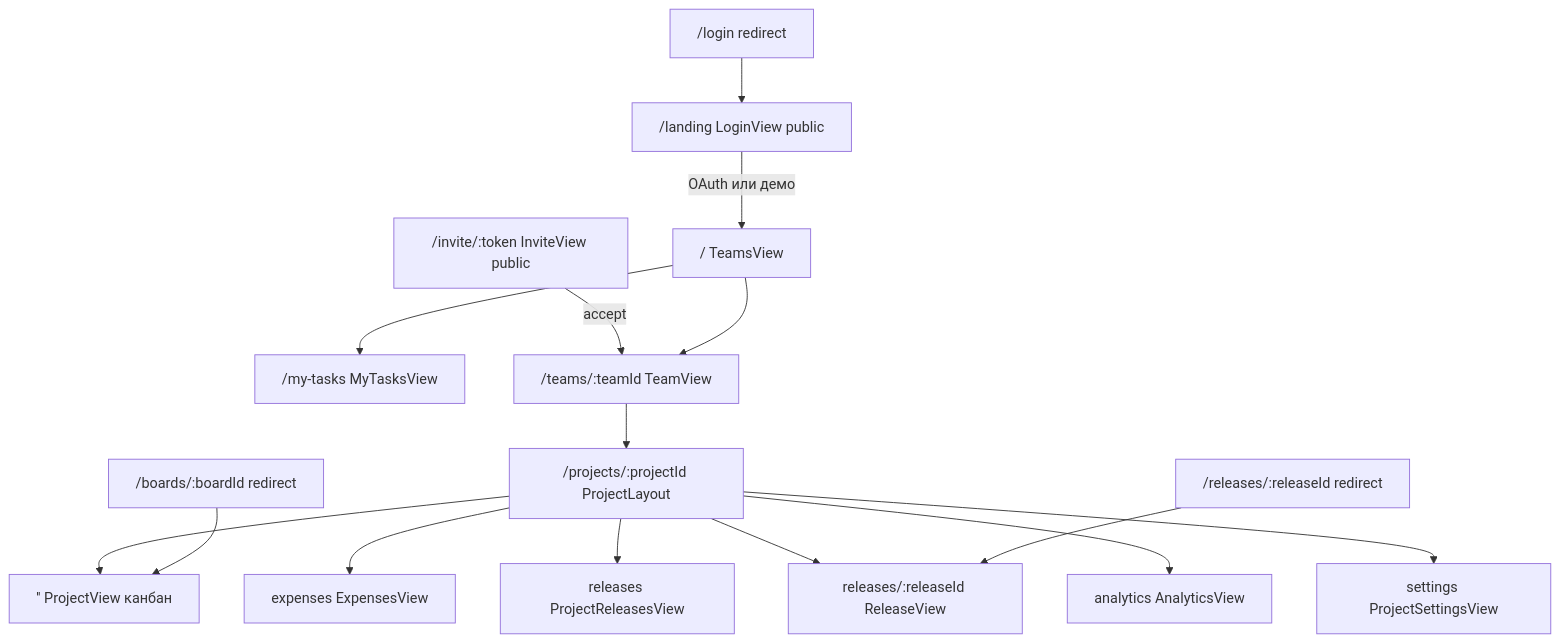
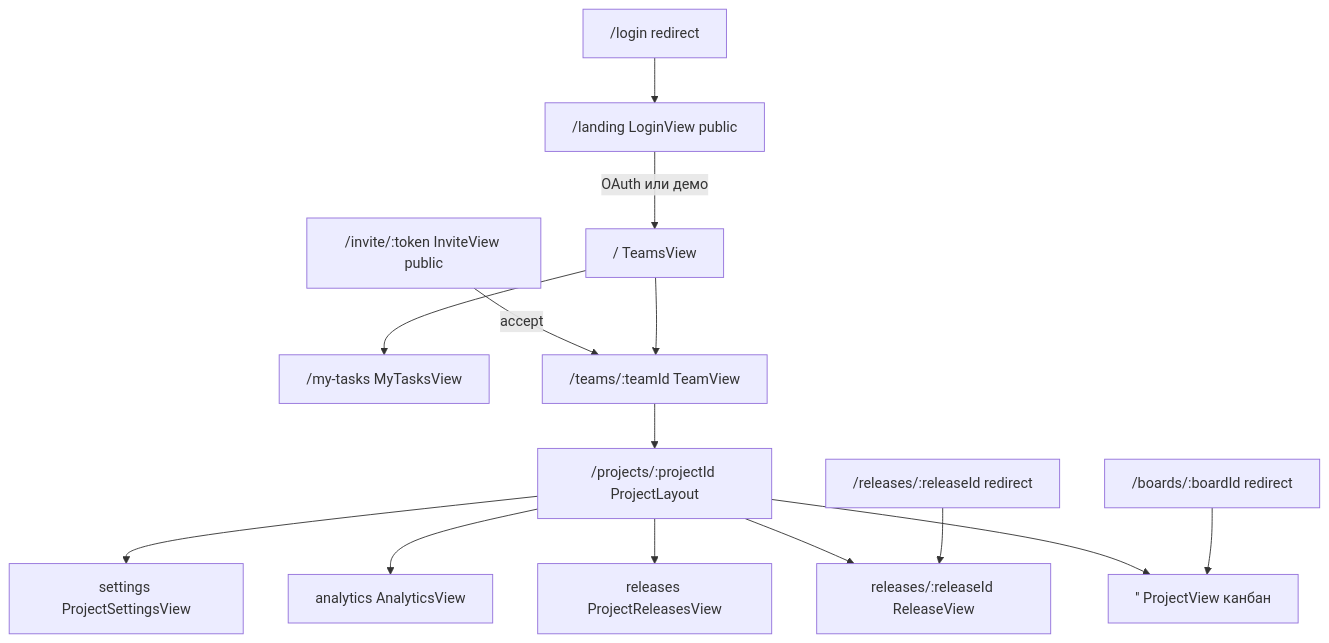
The diagram in docs/frontend.md (shamilfrontend/taskmaster), drawn with Mermaid before and after one commit. The commit also changed other lines of this file and 42 other files, not shown here.

````diff
--- a/docs/frontend.md
+++ b/docs/frontend.md
@@ -9,33 +9,31 @@
 ```mermaid
 flowchart TB
   Landing["/landing LoginView public"]
   Login["/login redirect"]
   Invite["/invite/:token InviteView public"]
   Teams["/ TeamsView"]
   MyTasks["/my-tasks MyTasksView"]
   Team["/teams/:teamId TeamView"]
   Layout["/projects/:projectId ProjectLayout"]
   Board["'' ProjectView канбан"]
-  Expenses["expenses ExpensesView"]
   Releases["releases ProjectReleasesView"]
   Release["releases/:releaseId ReleaseView"]
   Analytics["analytics AnalyticsView"]
   Settings["settings ProjectSettingsView"]
   LegacyBoard["/boards/:boardId redirect"]
   LegacyRelease["/releases/:releaseId redirect"]
 
   Login --> Landing
   Landing -->|OAuth или демо| Teams
   Invite -->|accept| Team
   Teams --> Team
   Teams --> MyTasks
   Team --> Layout
   Layout --> Board
-  Layout --> Expenses
   Layout --> Releases
   Layout --> Release
   Layout --> Analytics
   Layout --> Settings
   LegacyBoard --> Board
   LegacyRelease --> Release
 ```
````
